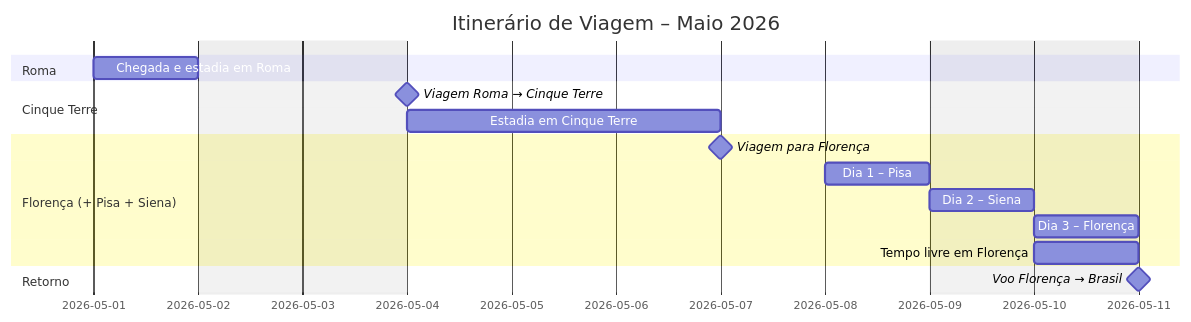
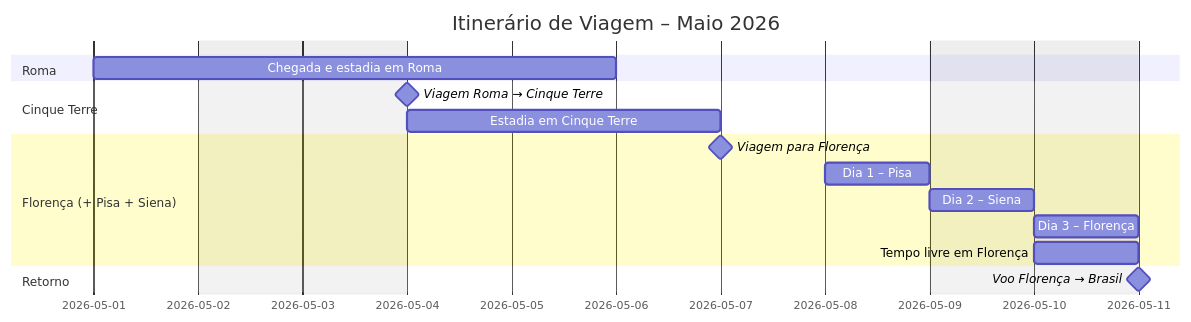
The first of 2 diagrams in README.md (paulovcastagnari/planejamento-viagem-2026), drawn with Mermaid before and after one commit.

````diff
--- a/README.md
+++ b/README.md
@@ -21,23 +21,23 @@
 ```mermaid
 gantt
     dateFormat  YYYY-MM-DD
     title Itinerário de Viagem – Maio 2026
     excludes weekends
 
     section Roma
-    Chegada e estadia em Roma     :2026-05-01, 1d
+    Chegada e estadia em Roma     :2026-05-01, 3d
 
     section Cinque Terre
     Viagem Roma → Cinque Terre   :milestone, ct_arrive, 2026-05-04, 0d
     Estadia em Cinque Terre      :2026-05-04, 3d
 
     section Florença (+ Pisa + Siena)
     Viagem para Florença         :milestone, fl_arrive, 2026-05-07, 0d
     Dia 1 – Pisa                 :2026-05-08, 1d
     Dia 2 – Siena                :2026-05-09, 1d
     Dia 3 – Florença             :2026-05-10, 1d
     Tempo livre em Florença      :2026-05-10, 1d
 
     section Retorno
     Voo Florença → Brasil        :milestone, return_bra, 2026-05-11, 0d
 ```
````
